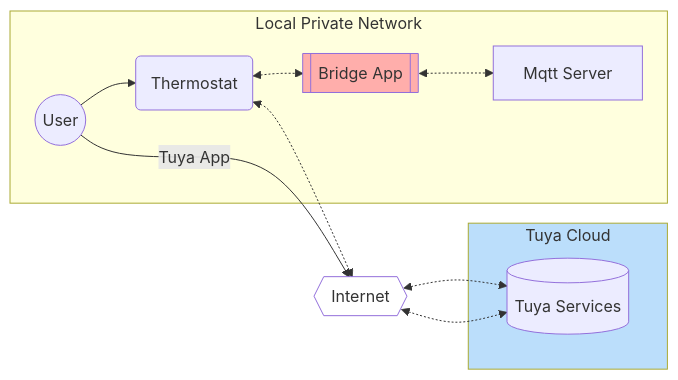
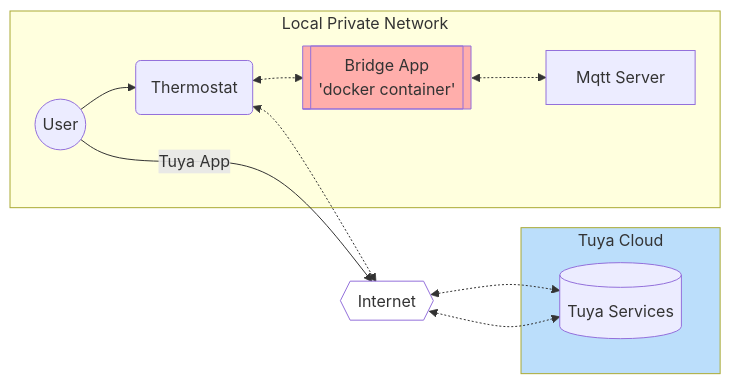
Before and after one commit to marius-cornescu/python.moes_thermostat_bridge: the diagram in README.md, drawn with Mermaid.

Commit message:
Update Bridge App description in flowchart

````diff
--- a/README.md
+++ b/README.md
@@ -9,23 +9,23 @@
 ```mermaid
 flowchart LR
  subgraph LN["Local Private Network"]
         U(("User"))
         TH("Thermostat")
-        BR[["Bridge App"]]
+        BR[["Bridge App<br>'docker container'"]]
         S["Mqtt Server"]
   end
  subgraph PC["Tuya Cloud"]
         TUYA_CLOUD[("Tuya Services")]
   end
 
     TH <-.-> BR <-.-> S
     U --> TH
     TH <-.-> I{{"Internet"}}
     I <-.-> TUYA_CLOUD & TUYA_CLOUD
     U -- Tuya App --> I
 
     style BR fill:#FFAEAB
     style I fill:#FFFFFF
     style PC fill:#BBDEFB
 
 ```
````
